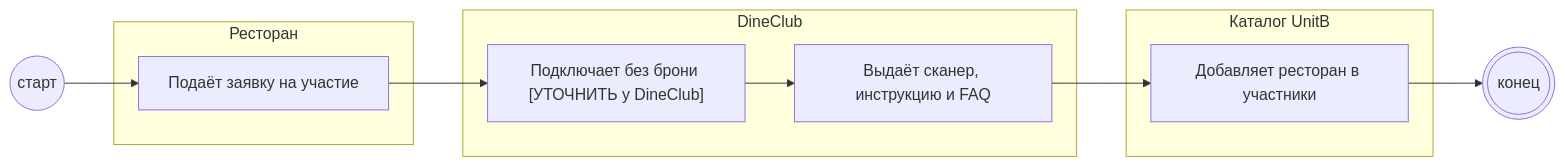
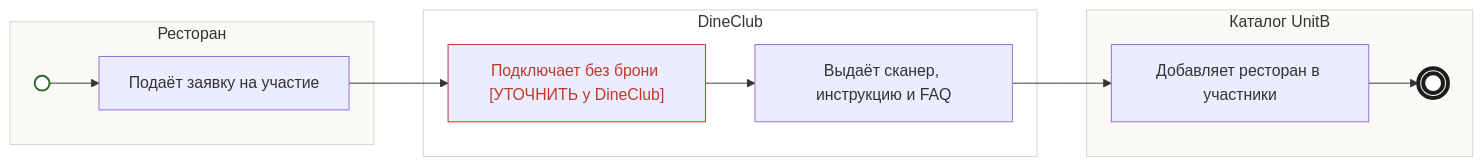
One commit to po-helper-org/poh-blueprint-writer changed the diagram in skills/bft-blueprint/examples/dineclub-restart-blueprint/backlog/tasks/bp-1.1 - Ресторан-подключается-и-попадает-в-каталог.md. Above: the diagram before and after it, drawn with Mermaid. The commit also changed 79 other files, not shown here.

First line of the commit message:
Карточка «Как это работает»: компактная заметка, схема mermaid, «Уточнить», источники

````diff
--- a/skills/bft-blueprint/examples/dineclub-restart-blueprint/backlog/tasks/bp-1.1 - Ресторан-подключается-и-попадает-в-каталог.md
+++ b/skills/bft-blueprint/examples/dineclub-restart-blueprint/backlog/tasks/bp-1.1 - Ресторан-подключается-и-попадает-в-каталог.md
@@ -43,20 +43,30 @@
 ```mermaid
 flowchart LR
-  S(("старт"))
   subgraph L1["Ресторан"]
+    S((" "))
     N1["Подаёт заявку на участие"]
   end
   subgraph L2["DineClub"]
     N2["Подключает без брони [УТОЧНИТЬ у DineClub]"]
     N3["Выдаёт сканер, инструкцию и FAQ"]
   end
   subgraph L3["Каталог UnitB"]
     N4["Добавляет ресторан в участники"]
+    E(((" ")))
   end
-  E((("конец")))
   S --> N1
   N1 --> N2
   N2 --> N3
   N3 --> N4
   N4 --> E
+  classDef start fill:#fff,stroke:#2f6b2a,stroke-width:2px
+  classDef stop fill:#fff,stroke:#1c1c1c,stroke-width:4px
+  classDef gw fill:#fff8e6,stroke:#b7791f
+  classDef ask color:#c0392b,stroke:#c0392b
+  class S start
+  class E stop
+  class N2 ask
+  style L1 fill:#faf9f6,stroke:#d8d4cb
+  style L2 fill:#ffffff,stroke:#d8d4cb
+  style L3 fill:#faf9f6,stroke:#d8d4cb
 ```
````
